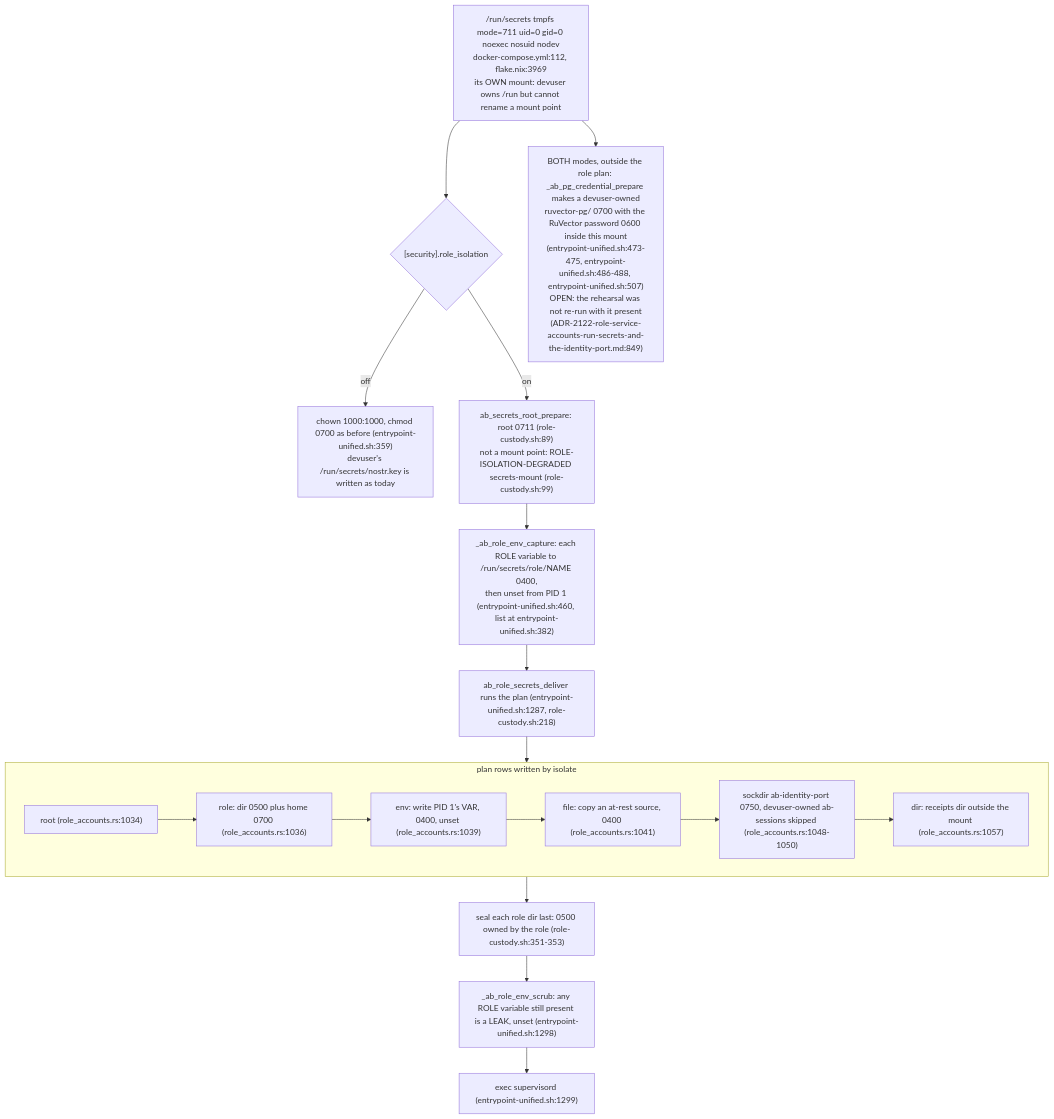
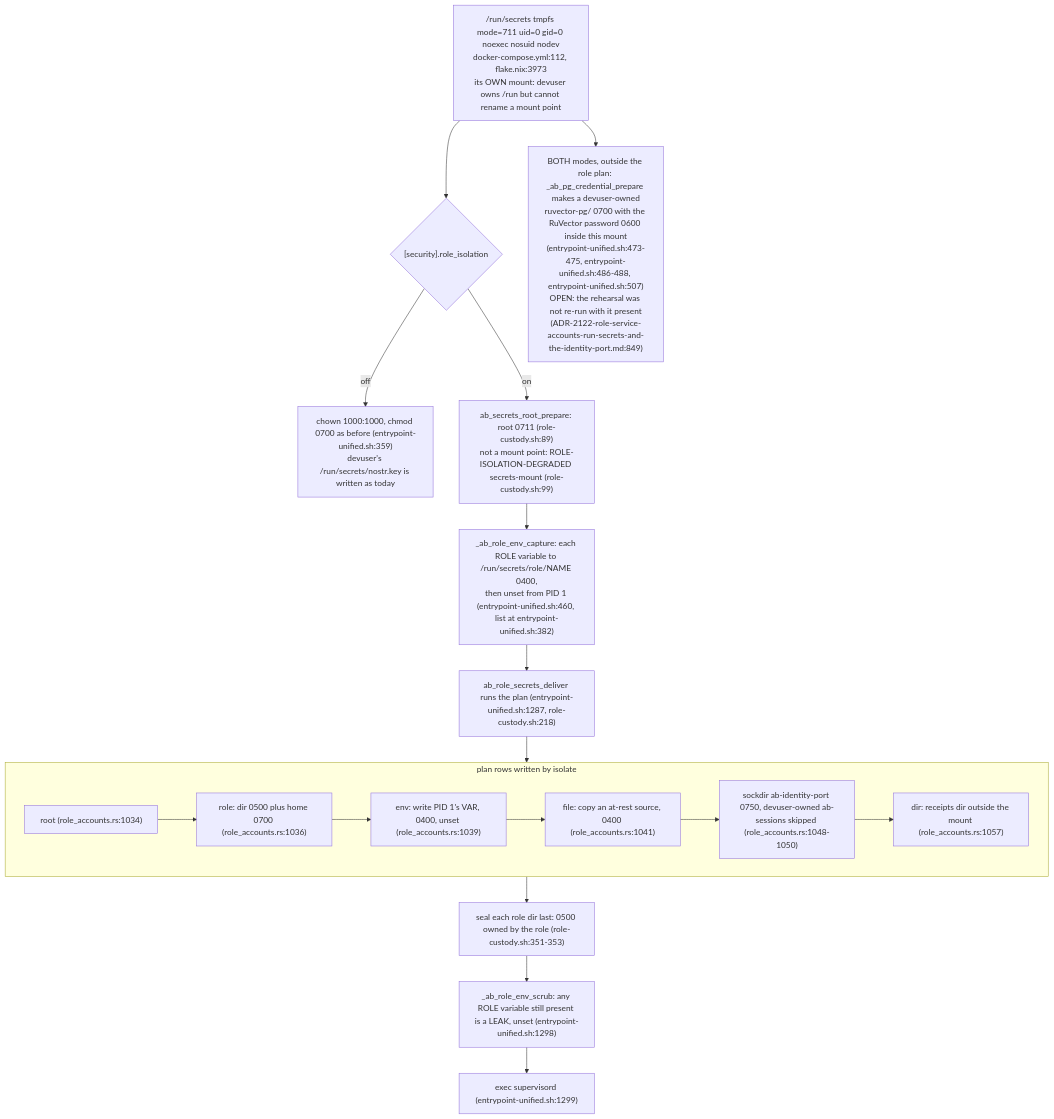
The third of 9 diagrams in docs/diagrams/agentbox/36-role-isolation-and-identity-port.md (DreamLab-AI/VisionFlow), drawn with Mermaid before and after one commit. The commit also changed other lines of this file and 6 other files, not shown here.

First line of the commit message:
docs(diagrams): agentbox pass B at agentbox 1ea5494 (PRs #52, #53)

````diff
--- a/docs/diagrams/agentbox/36-role-isolation-and-identity-port.md
+++ b/docs/diagrams/agentbox/36-role-isolation-and-identity-port.md
@@ -132,23 +132,23 @@
 ```mermaid
 flowchart TB
-    MNT["/run/secrets tmpfs mode=711 uid=0 gid=0 noexec nosuid nodev<br/>docker-compose.yml:112, flake.nix:3969<br/>its OWN mount: devuser owns /run but cannot rename a mount point"]
+    MNT["/run/secrets tmpfs mode=711 uid=0 gid=0 noexec nosuid nodev<br/>docker-compose.yml:112, flake.nix:3973<br/>its OWN mount: devuser owns /run but cannot rename a mount point"]
     MNT --> MODE{"[security].role_isolation"}
     MODE -->|"off"| OFF["chown 1000:1000, chmod 0700 as before (entrypoint-unified.sh:359)<br/>devuser's /run/secrets/nostr.key is written as today"]
     MODE -->|"on"| PREP["ab_secrets_root_prepare: root 0711 (role-custody.sh:89)<br/>not a mount point: ROLE-ISOLATION-DEGRADED secrets-mount (role-custody.sh:99)"]
     PREP --> CAP["_ab_role_env_capture: each ROLE variable to /run/secrets/role/NAME 0400,<br/>then unset from PID 1 (entrypoint-unified.sh:460, list at entrypoint-unified.sh:382)"]
     CAP --> DEL["ab_role_secrets_deliver runs the plan (entrypoint-unified.sh:1287, role-custody.sh:218)"]
     subgraph PLAN["plan rows written by isolate"]
         P1["root (role_accounts.rs:1034)"]
         P2["role: dir 0500 plus home 0700 (role_accounts.rs:1036)"]
         P3["env: write PID 1's VAR, 0400, unset (role_accounts.rs:1039)"]
         P4["file: copy an at-rest source, 0400 (role_accounts.rs:1041)"]
         P5["sockdir ab-identity-port 0750, devuser-owned ab-sessions skipped (role_accounts.rs:1048-1050)"]
         P6["dir: receipts dir outside the mount (role_accounts.rs:1057)"]
         P1 --> P2 --> P3 --> P4 --> P5 --> P6
     end
     DEL --> PLAN
     PLAN --> SEAL["seal each role dir last: 0500 owned by the role (role-custody.sh:351-353)"]
     SEAL --> SCRUB["_ab_role_env_scrub: any ROLE variable still present is a LEAK, unset (entrypoint-unified.sh:1298)"]
     SCRUB --> X["exec supervisord (entrypoint-unified.sh:1299)"]
     MNT --> PG["BOTH modes, outside the role plan: _ab_pg_credential_prepare makes a devuser-owned<br/>ruvector-pg/ 0700 with the RuVector password 0600 inside this mount<br/>(entrypoint-unified.sh:473-475, entrypoint-unified.sh:486-488, entrypoint-unified.sh:507)<br/>OPEN: the rehearsal was not re-run with it present<br/>(ADR-2122-role-service-accounts-run-secrets-and-the-identity-port.md:849)"]
 ```
````
